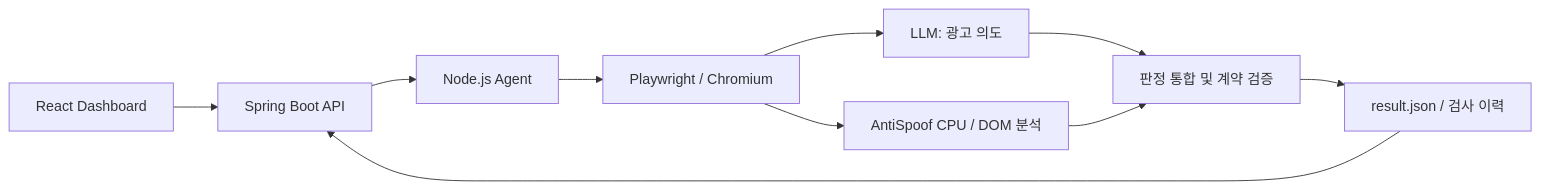
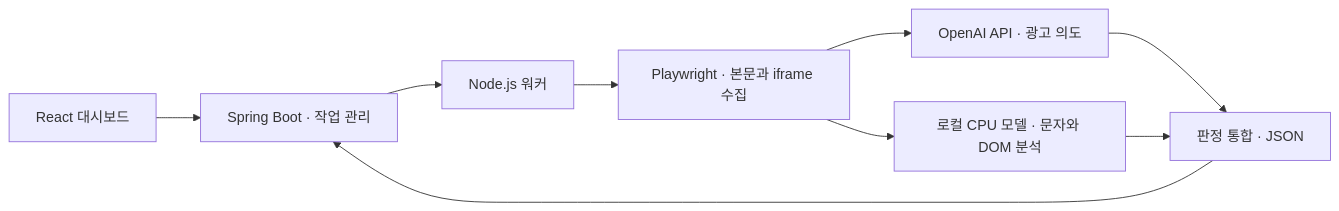
Before and after one commit to Hyunhoim/Bareun-Nuri: the diagram in README.md, drawn with Mermaid. The commit also changed other lines of this file, not shown here.

````diff
--- a/README.md
+++ b/README.md
@@ -36,12 +20,11 @@
-~~~mermaid
+```mermaid
 flowchart LR
-  UI["React Dashboard"] --> API["Spring Boot API"]
-  API --> W["Node.js Agent"]
-  W --> P["Playwright / Chromium"]
-  P --> L["LLM: 광고 의도"]
-  P --> M["AntiSpoof CPU / DOM 분석"]
-  L --> V["판정 통합 및 계약 검증"]
-  M --> V
-  V --> J["result.json / 검사 이력"]
-  J --> API
-~~~
+    U["React 대시보드"] --> A["Spring Boot · 작업 관리"]
+    A --> N["Node.js 워커"]
+    N --> P["Playwright · 본문과 iframe 수집"]
+    P --> L["OpenAI API · 광고 의도"]
+    P --> T["로컬 CPU 모델 · 문자와 DOM 분석"]
+    L --> O["판정 통합 · JSON"]
+    T --> O
+    O --> A
+```
````
